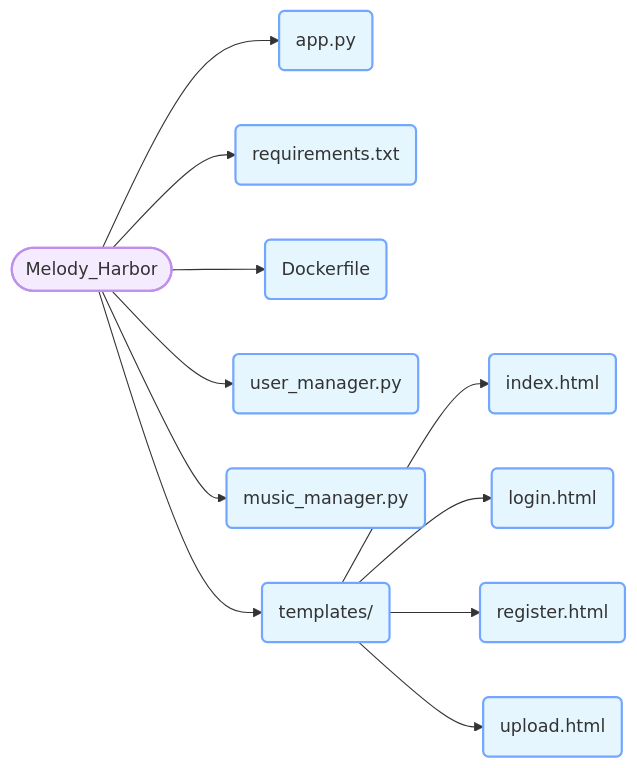
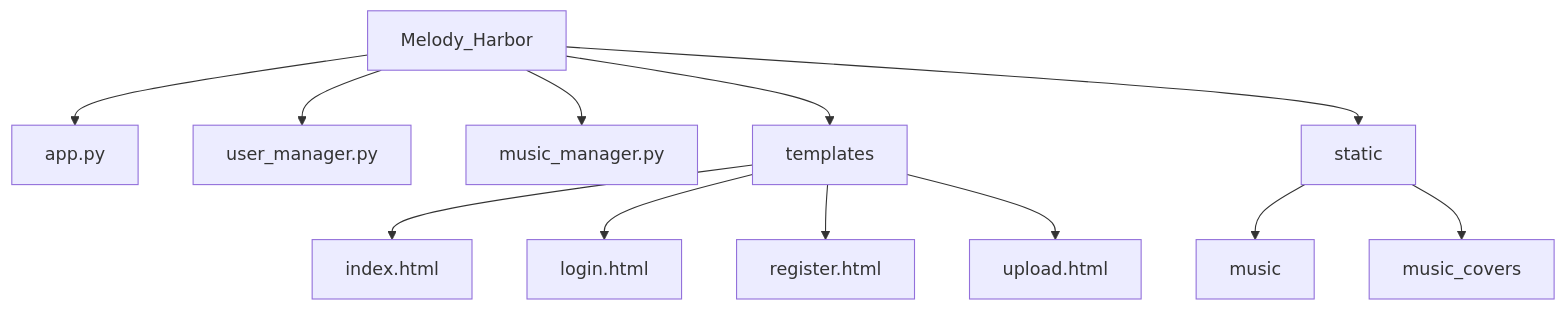
Before and after one commit to Chiyang001/Melody_Harbor: the diagram in README.md, drawn with Mermaid. The commit also changed other lines of this file, not shown here.

````diff
--- a/README.md
+++ b/README.md
@@ -10,16 +26,14 @@
 ```mermaid
-graph LR
-    classDef startend fill:#F5EBFF,stroke:#BE8FED,stroke-width:2px;
-    classDef process fill:#E5F6FF,stroke:#73A6FF,stroke-width:2px;
-
-    A([Melody_Harbor]):::startend --> B(app.py):::process
-    A --> C(requirements.txt):::process
-    A --> D(Dockerfile):::process
-    A --> E(user_manager.py):::process
-    A --> F(music_manager.py):::process
-    A --> G(templates/):::process
-    G --> H(index.html):::process
-    G --> I(login.html):::process
-    G --> J(register.html):::process
-    G --> K(upload.html):::process
+graph TD;
+    Melody_Harbor --> app.py;
+    Melody_Harbor --> user_manager.py;
+    Melody_Harbor --> music_manager.py;
+    Melody_Harbor --> templates;
+    Melody_Harbor --> static;
+    templates --> index.html;
+    templates --> login.html;
+    templates --> register.html;
+    templates --> upload.html;
+    static --> music;
+    static --> music_covers;
 ```
````
